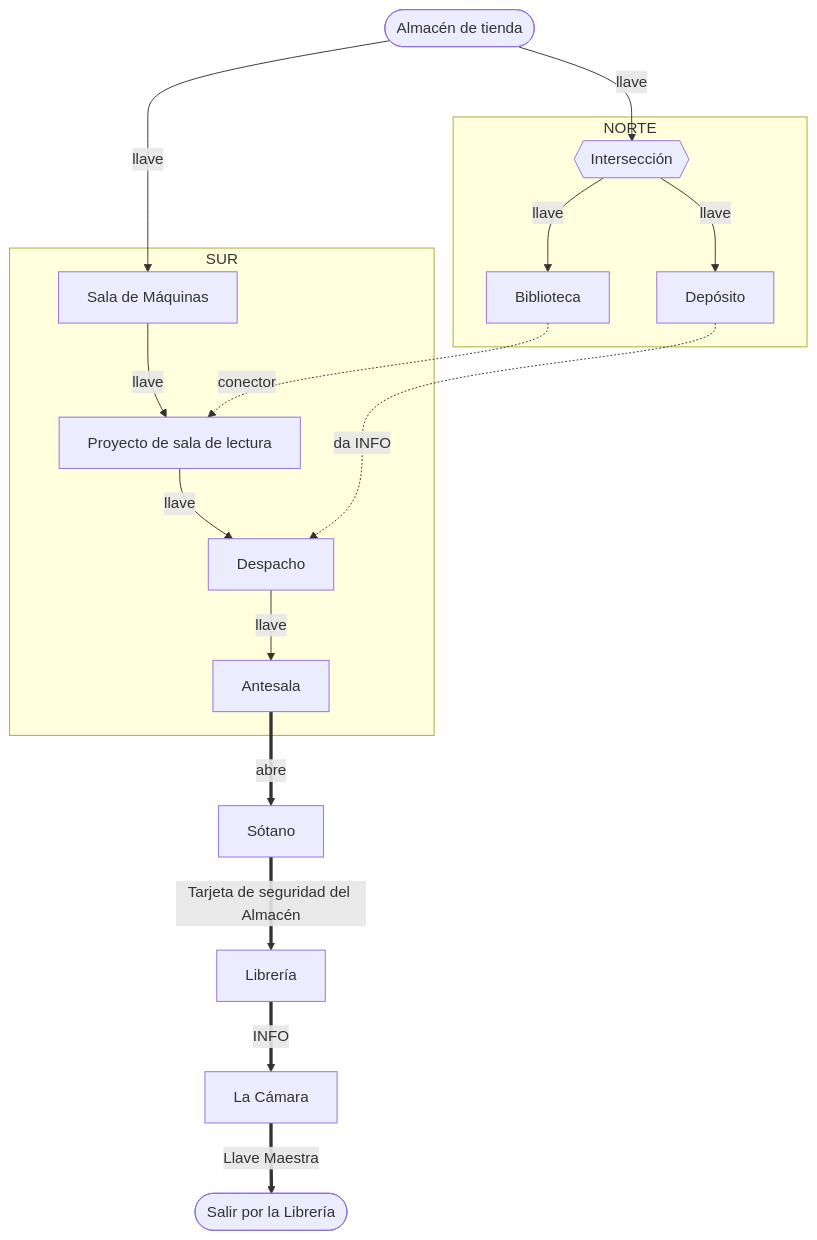
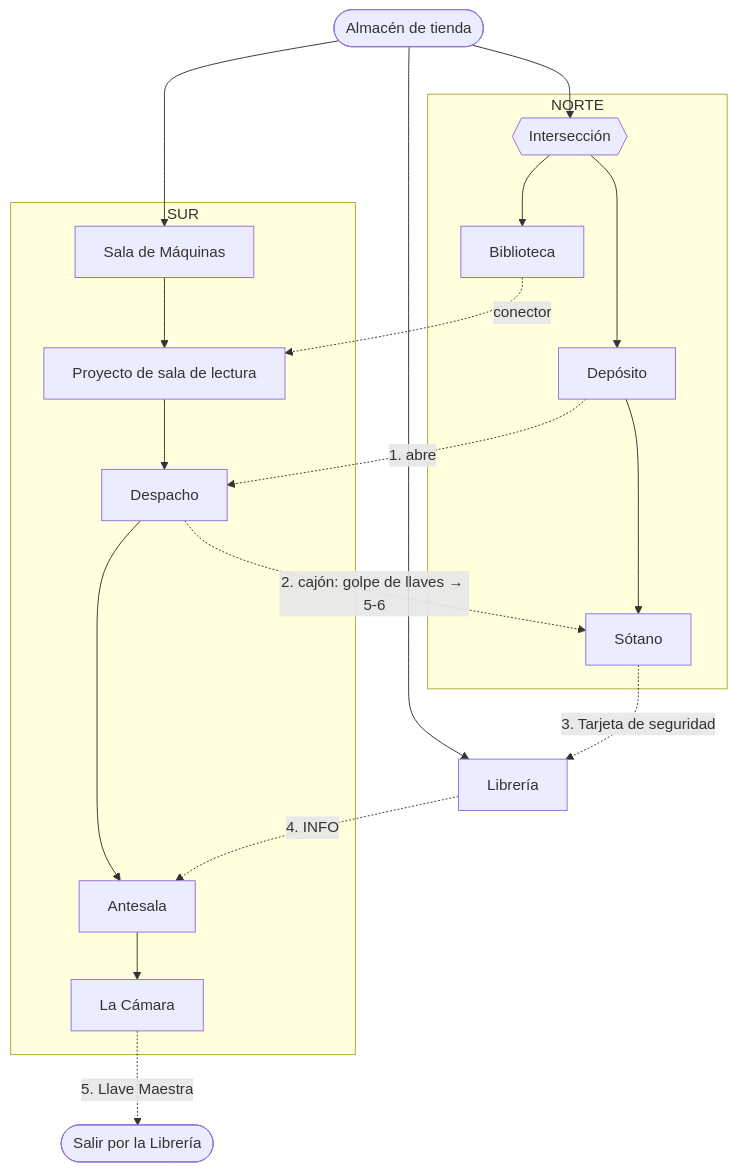
Before and after one commit to albcantero/yai-game: the diagram in docs/hoja-de-ruta.md, drawn with Mermaid. The commit also changed other lines of this file, not shown here.

Commit message:
docs(hoja-de-ruta): reordena cadena (Deposito->Despacho->Sotano->Libreria->Antesala->Camara); muro del Sotano por golpe de llaves del cajon; economia de saldo bajo (1-3)

````diff
--- a/docs/hoja-de-ruta.md
+++ b/docs/hoja-de-ruta.md
@@ -61,33 +59,37 @@
 ```mermaid
 flowchart TD
     A([Almacén de tienda])
 
     subgraph NORTE
         INT{{Intersección}}
         BIB[Biblioteca]
         DEP[Depósito]
-        INT -->|llave| BIB
-        INT -->|llave| DEP
+        SOT[Sótano]
+        INT --> BIB
+        INT --> DEP
+        DEP --> SOT
     end
 
     subgraph SUR
         MAQ[Sala de Máquinas]
         PROY[Proyecto de sala de lectura]
         DESP[Despacho]
         ANT[Antesala]
-        MAQ -->|llave| PROY
-        PROY -->|llave| DESP
-        DESP -->|llave| ANT
+        CAM[La Cámara]
+        MAQ --> PROY
+        PROY --> DESP
+        DESP --> ANT
+        ANT --> CAM
     end
 
-    A -->|llave| INT
-    A -->|llave| MAQ
-
-    DEP -.->|da INFO| DESP
+    A --> INT
+    A --> MAQ
+    A --> LIB[Librería]
     BIB -.->|conector| PROY
 
-    ANT ==>|abre| SOT[Sótano]
-    SOT ==>|Tarjeta de seguridad del Almacén| LIB[Librería]
-    LIB ==>|INFO| CAM[La Cámara]
-    CAM ==>|Llave Maestra| SAL([Salir por la Librería])
+    DEP -.->|1. abre| DESP
+    DESP -.->|2. cajón: golpe de llaves → 5-6| SOT
+    SOT -.->|3. Tarjeta de seguridad| LIB
+    LIB -.->|4. INFO| ANT
+    CAM -.->|5. Llave Maestra| SAL([Salir por la Librería])
 ```
````
